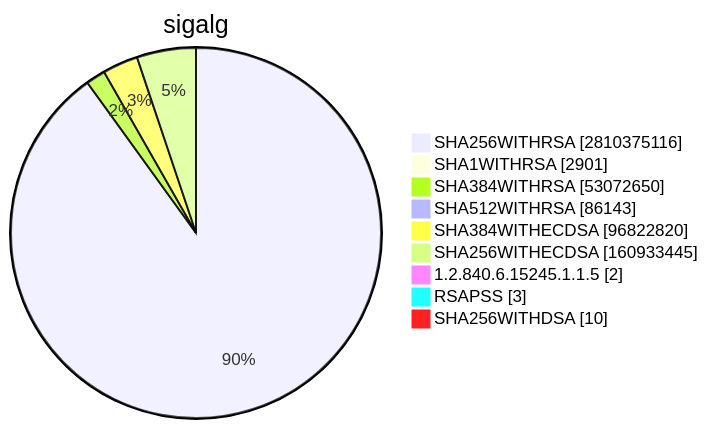
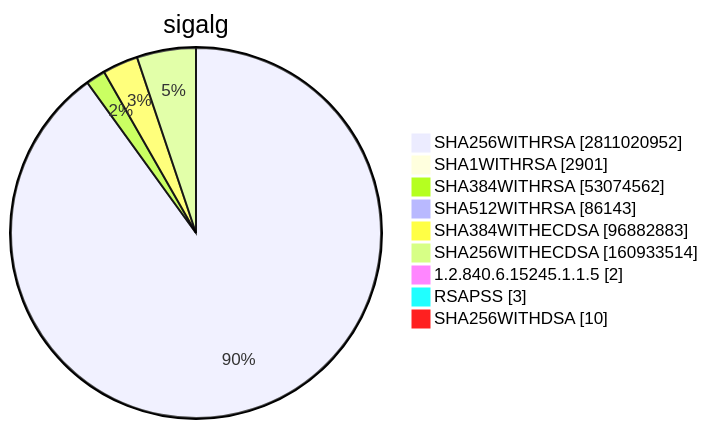
Diagram 15 of 15 in TOTAL/README.md (christiankrug/ctmonitor_visualization), drawn with Mermaid before and after one commit. The commit also changed other lines of this file, not shown here.

````diff
--- a/TOTAL/README.md
+++ b/TOTAL/README.md
@@ -6207,13 +6207,13 @@
 ```mermaid
 pie showData
 title sigalg
-"SHA256WITHRSA" :2810375116
+"SHA256WITHRSA" :2811020952
 "SHA1WITHRSA" :2901
-"SHA384WITHRSA" :53072650
+"SHA384WITHRSA" :53074562
 "SHA512WITHRSA" :86143
-"SHA384WITHECDSA" :96822820
-"SHA256WITHECDSA" :160933445
+"SHA384WITHECDSA" :96882883
+"SHA256WITHECDSA" :160933514
 "1.2.840.6.15245.1.1.5" :2
 "RSAPSS" :3
 "SHA256WITHDSA" :10
 ```
````
